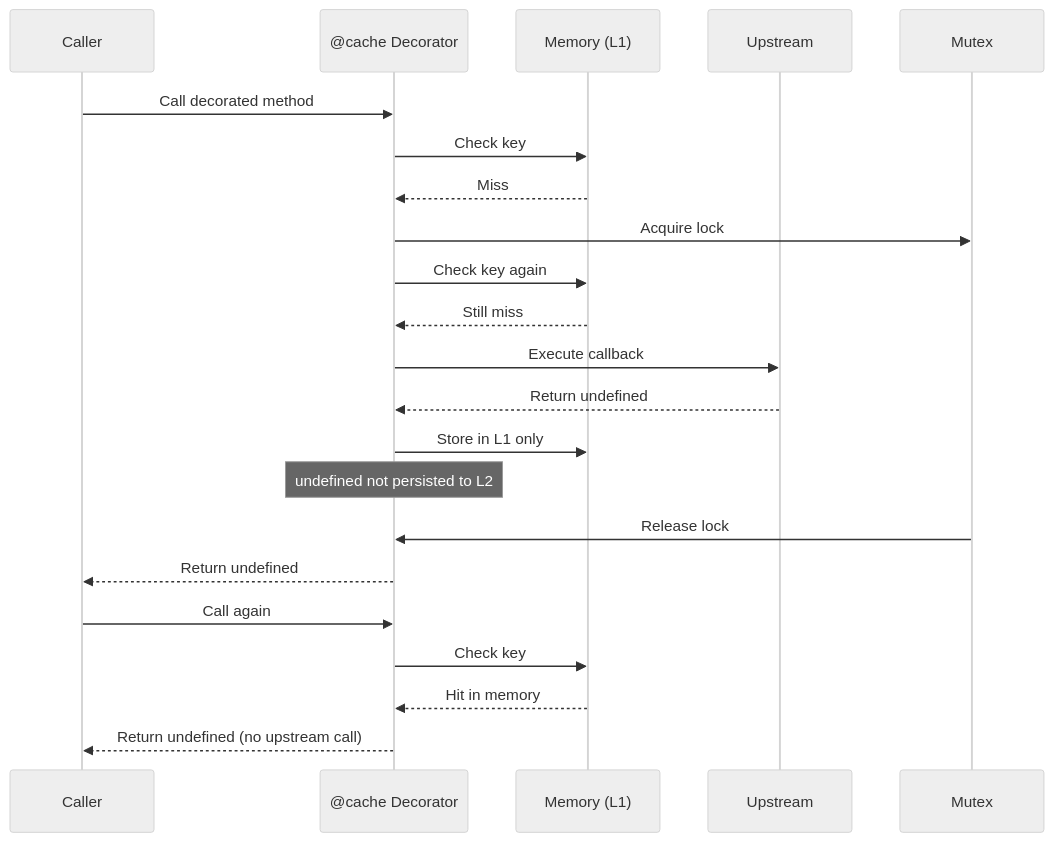
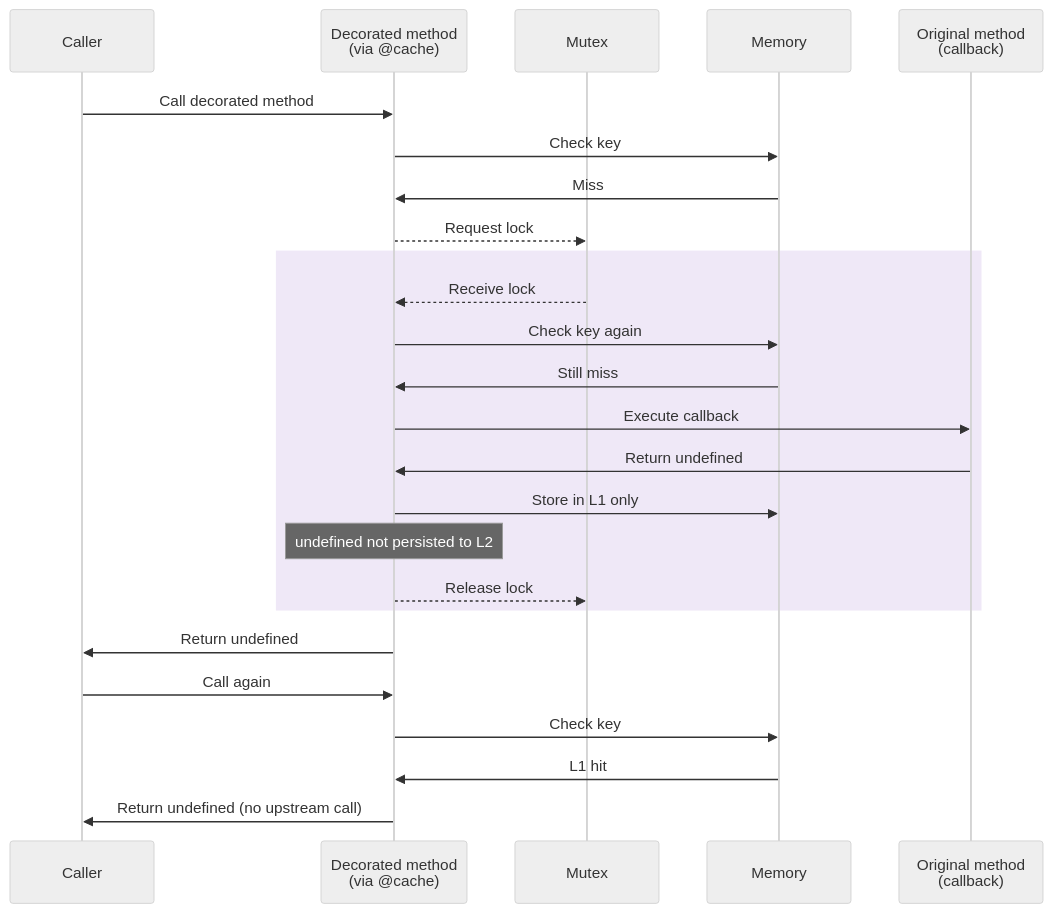
The eighth of 9 diagrams in lib/util/cache/package/readme.md (renovatebot/renovate), drawn with Mermaid (neutral theme) before and after one commit. The commit also changed other lines of this file, not shown here.

````diff
--- a/lib/util/cache/package/readme.md
+++ b/lib/util/cache/package/readme.md
@@ -243,29 +260,32 @@
 ```mermaid
 sequenceDiagram
     participant C as Caller
-    participant D as @cache Decorator
-    participant M as Memory (L1)
-    participant U as Upstream
+    participant D as Decorated method <br/>(via @cache)
     participant X as Mutex
+    participant L1 as Memory
+    participant U as Original method <br/>(callback)
 
     C->>D: Call decorated method
-    D->>M: Check key
-    M-->>D: Miss
+    D->>L1: Check key
+    L1->>D: Miss
 
-    D->>X: Acquire lock
-    D->>M: Check key again
-    M-->>D: Still miss
+    D-->>X: Request lock
+    rect rgba(150, 100, 200, 0.15)
+        X-->>D: Receive lock
+        D->>L1: Check key again
+        L1->>D: Still miss
 
-    D->>U: Execute callback
-    U-->>D: Return undefined
+        D->>U: Execute callback
+        U->>D: Return undefined
 
-    D->>M: Store in L1 only
-    Note over D: undefined not persisted to L2
-    X->>D: Release lock
-    D-->>C: Return undefined
+        D->>L1: Store in L1 only
+        Note over D: undefined not persisted to L2
+        D-->>X: Release lock
+    end
+    D->>C: Return undefined
 
     C->>D: Call again
-    D->>M: Check key
-    M-->>D: Hit in memory
-    D-->>C: Return undefined (no upstream call)
+    D->>L1: Check key
+    L1->>D: L1 hit
+    D->>C: Return undefined (no upstream call)
 ```
````
